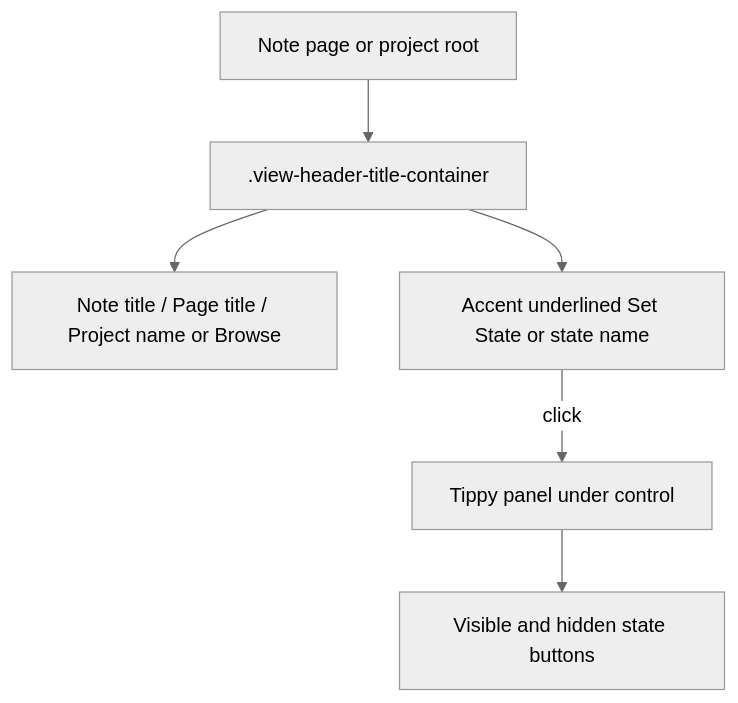
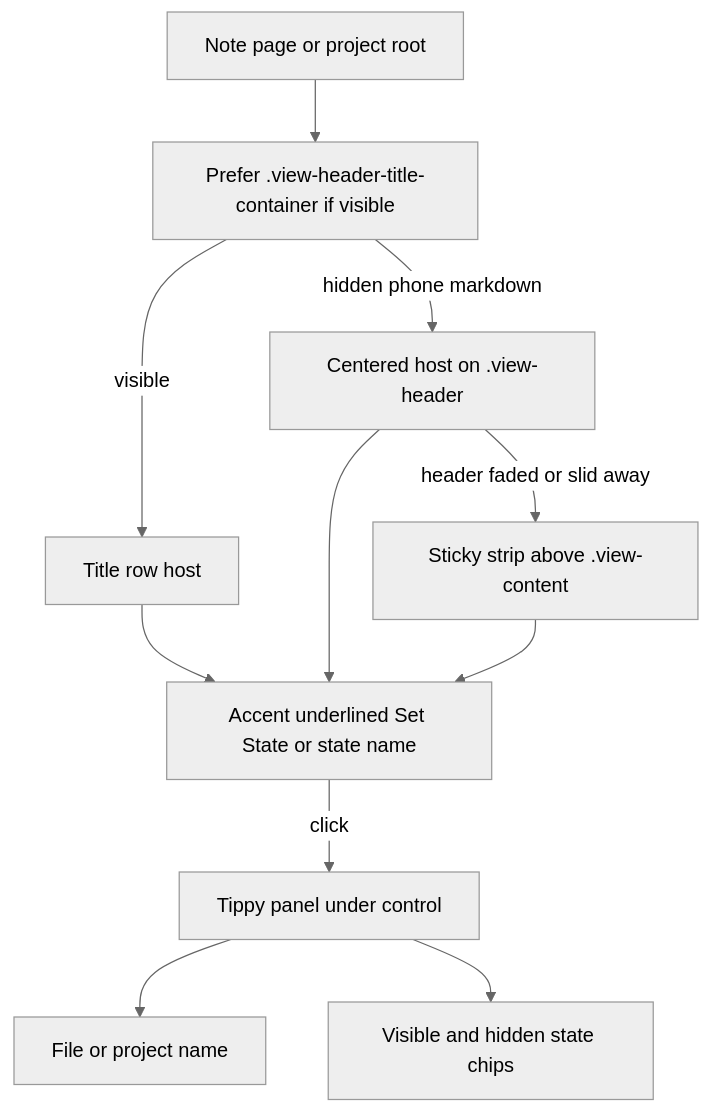
The diagram in docs/state-menu-header.md (daledesilva/obsidian_project-browser), drawn with Mermaid (neutral theme) before and after one commit. The commit also changed other lines of this file and 12 other files, not shown here.

First line of the commit message:
updated: Kept the header state control usable on phone by falling back to centered chrome or a sticky strip when Obsidian hid the title row. Showed the file or project name in the Tippy, stacked project titles above Set State, and stripped closed-control chrome so the set flash was white text only.

````diff
--- a/docs/state-menu-header.md
+++ b/docs/state-menu-header.md
@@ -16,8 +19,13 @@
 ```mermaid
 flowchart TD
-    Surface[Note page or project root] --> TitleRow[".view-header-title-container"]
-    TitleRow --> TitleText["Note title / Page title / Project name or Browse"]
+    Surface[Note page or project root] --> PreferTitle["Prefer .view-header-title-container if visible"]
+    PreferTitle -->|visible| TitleRow[Title row host]
+    PreferTitle -->|hidden phone markdown| ChromeHost["Centered host on .view-header"]
+    ChromeHost -->|header faded or slid away| StickyHost["Sticky strip above .view-content"]
     TitleRow --> ClosedControl["Accent underlined Set State or state name"]
+    ChromeHost --> ClosedControl
+    StickyHost --> ClosedControl
     ClosedControl -->|click| TippyMenu[Tippy panel under control]
-    TippyMenu --> Choices[Visible and hidden state buttons]
+    TippyMenu --> Subject[File or project name]
+    TippyMenu --> Choices[Visible and hidden state chips]
 ```
````
